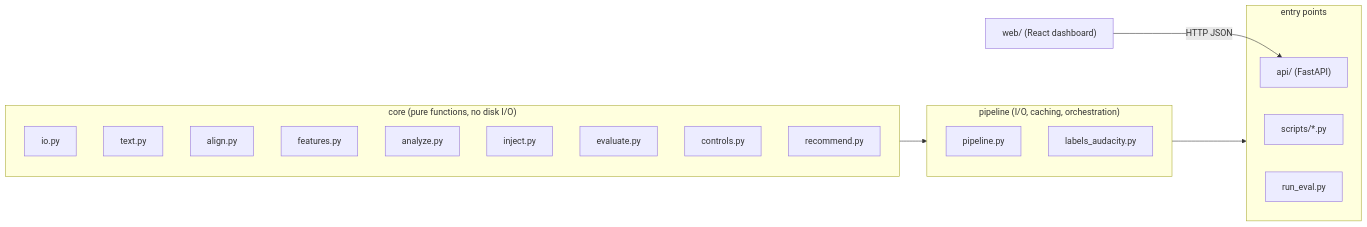
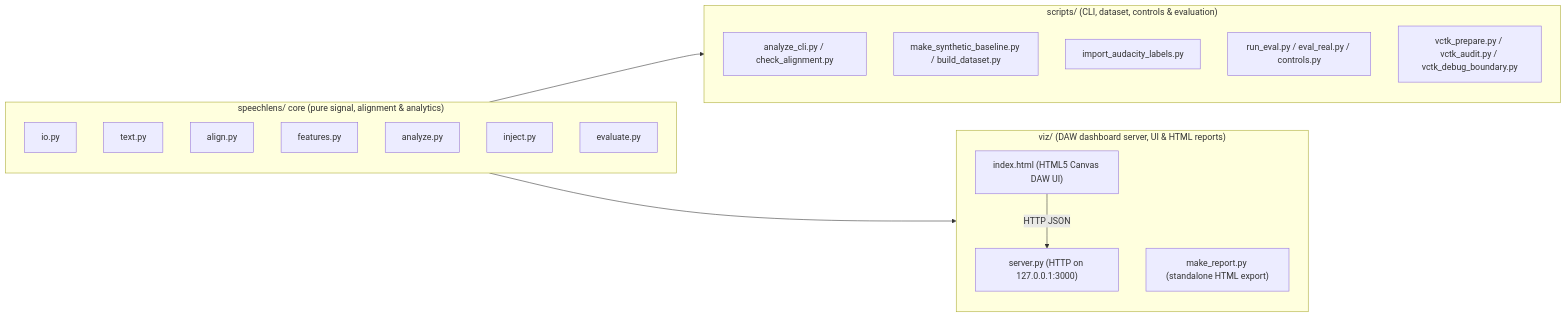
One commit to aryan1chauhan/IIT-MANDI changed the diagram in docs/ARCHITECTURE.md. Above: the diagram before and after it, drawn with Mermaid. The commit also changed other lines of this file and 3 other files, not shown here.

Commit message:
docs: sync architecture, edge cases, and plan.json with final pipeline

````diff
--- a/docs/ARCHITECTURE.md
+++ b/docs/ARCHITECTURE.md
@@ -38,26 +38,27 @@
 ```mermaid
 flowchart LR
-  subgraph core["core (pure functions, no disk I/O)"]
+  subgraph core["speechlens/ core (pure signal, alignment & analytics)"]
     IO[io.py]
     TXT[text.py]
     AL[align.py]
     FE[features.py]
     AN[analyze.py]
     IN[inject.py]
     EV[evaluate.py]
-    CO[controls.py]
-    RE[recommend.py]
   end
-  subgraph pipeline["pipeline (I/O, caching, orchestration)"]
-    PI[pipeline.py]
-    LA[labels_audacity.py]
+  subgraph scripts["scripts/ (CLI, dataset, controls & evaluation)"]
+    CLI[analyze_cli.py / check_alignment.py]
+    DS[make_synthetic_baseline.py / build_dataset.py]
+    IMP[import_audacity_labels.py]
+    EVL[run_eval.py / eval_real.py / controls.py]
+    VCTK[vctk_prepare.py / vctk_audit.py / vctk_debug_boundary.py]
   end
-  subgraph apps["entry points"]
-    API["api/ (FastAPI)"]
-    CLI[scripts/*.py]
-    RU[run_eval.py]
+  subgraph viz["viz/ (DAW dashboard server, UI & HTML reports)"]
+    SRV["server.py (HTTP on 127.0.0.1:3000)"]
+    UI["index.html (HTML5 Canvas DAW UI)"]
+    REP["make_report.py (standalone HTML export)"]
   end
-  WEB["web/ (React dashboard)"]
-  core --> pipeline --> apps
-  WEB -->|HTTP JSON| API
+  core --> scripts
+  core --> viz
+  UI -->|HTTP JSON| SRV
 ```
````
